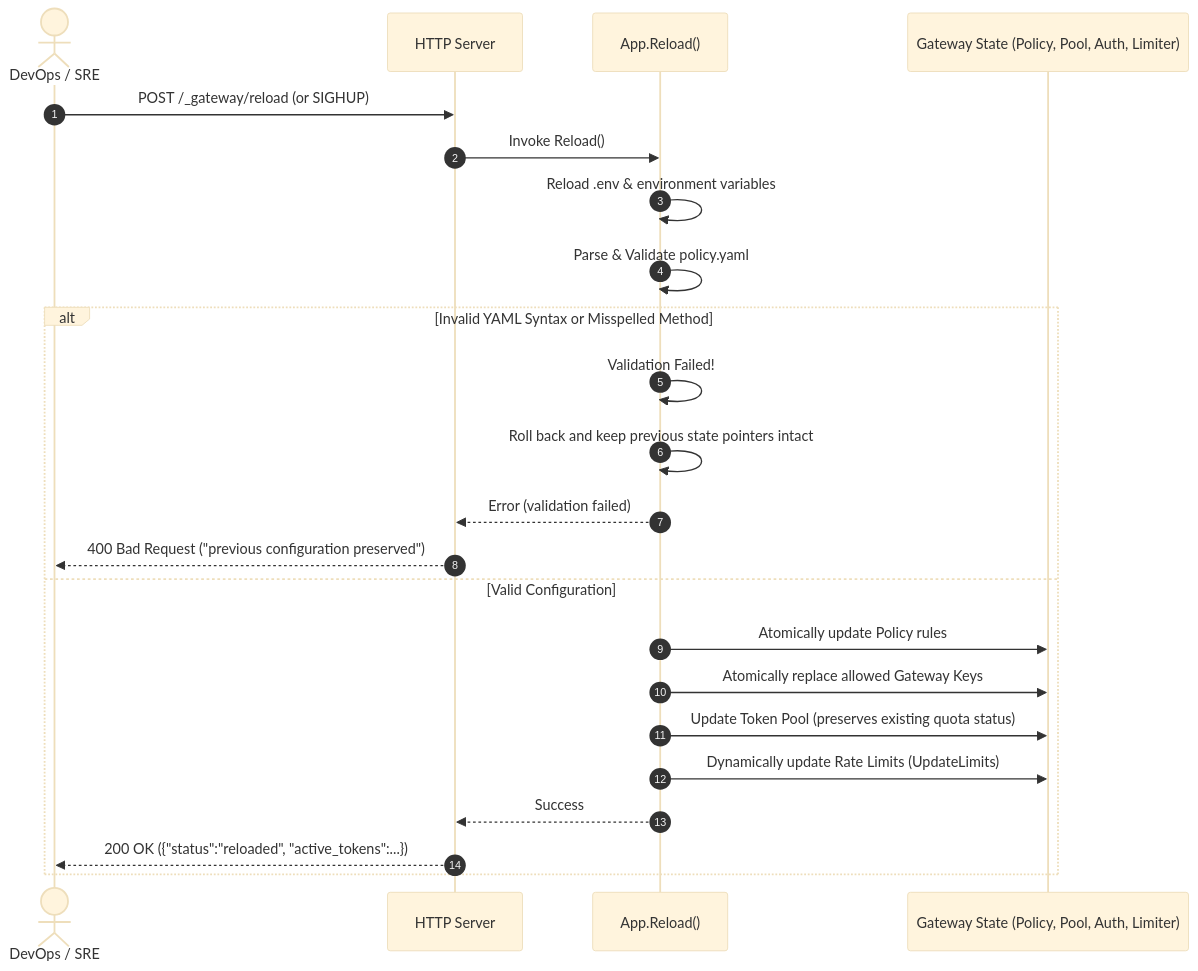
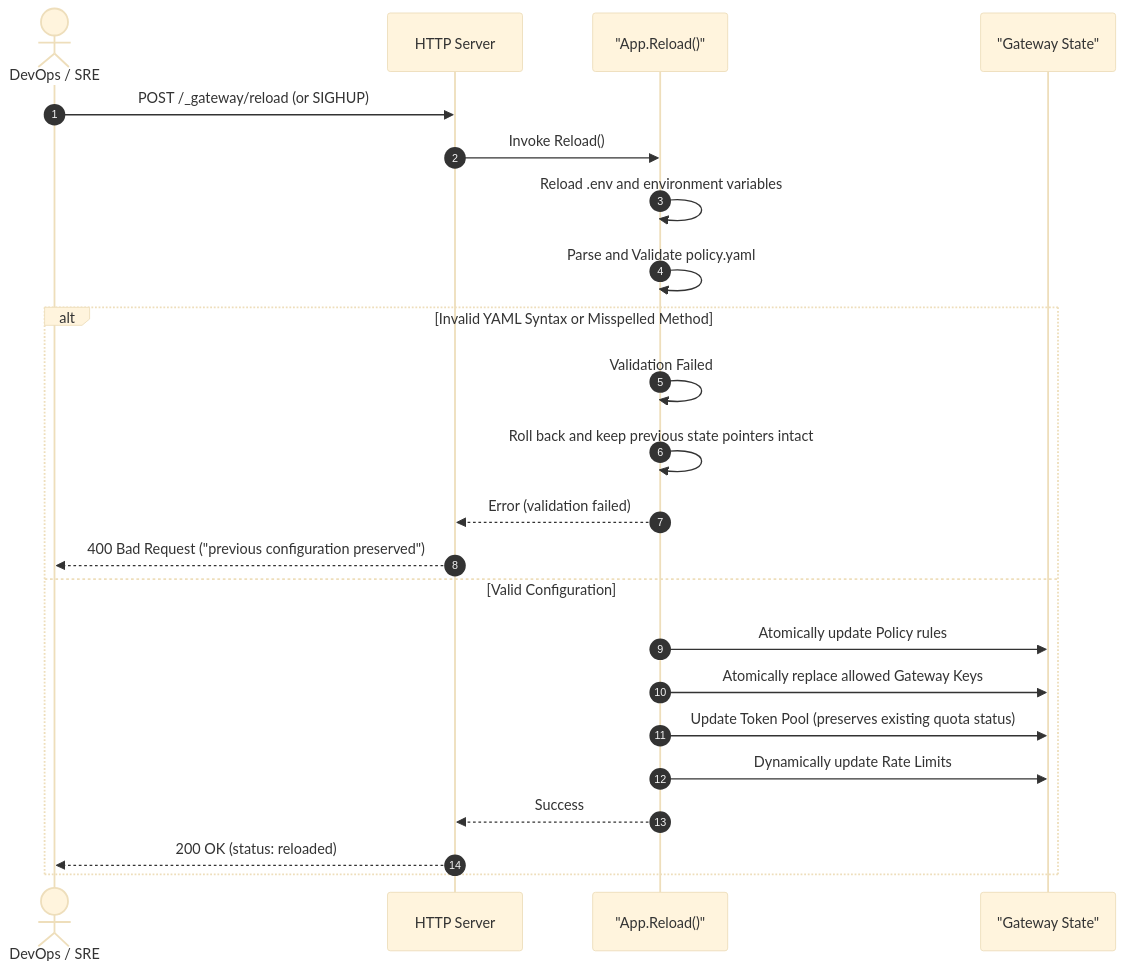
Before and after one commit to kjaapelania/github-api-gateway: the fifth of 8 diagrams in docs/architecture.md, drawn with Mermaid (base theme). The commit also changed other lines of this file and 10 other files, not shown here.

Commit message:
docs: resolve Mermaid rendering bugs and provide pre-rendered vector SVGs for all UML diagrams

````diff
--- a/docs/architecture.md
+++ b/docs/architecture.md
@@ -206,27 +241,27 @@
 ```mermaid
 sequenceDiagram
     autonumber
     actor Operator as DevOps / SRE
     participant Server as HTTP Server
-    participant Reloader as App.Reload()
-    participant State as Gateway State (Policy, Pool, Auth, Limiter)
+    participant Reloader as "App.Reload()"
+    participant State as "Gateway State"
 
     Operator->>Server: POST /_gateway/reload (or SIGHUP)
     Server->>Reloader: Invoke Reload()
-    Reloader->>Reloader: Reload .env & environment variables
-    Reloader->>Reloader: Parse & Validate policy.yaml
+    Reloader->>Reloader: Reload .env and environment variables
+    Reloader->>Reloader: Parse and Validate policy.yaml
 
     alt Invalid YAML Syntax or Misspelled Method
-        Reloader->>Reloader: Validation Failed!
+        Reloader->>Reloader: Validation Failed
         Reloader->>Reloader: Roll back and keep previous state pointers intact
         Reloader-->>Server: Error (validation failed)
         Server-->>Operator: 400 Bad Request ("previous configuration preserved")
     else Valid Configuration
         Reloader->>State: Atomically update Policy rules
         Reloader->>State: Atomically replace allowed Gateway Keys
         Reloader->>State: Update Token Pool (preserves existing quota status)
-        Reloader->>State: Dynamically update Rate Limits (UpdateLimits)
+        Reloader->>State: Dynamically update Rate Limits
         Reloader-->>Server: Success
-        Server-->>Operator: 200 OK ({"status":"reloaded", "active_tokens":...})
+        Server-->>Operator: 200 OK (status: reloaded)
     end
 ```
````
